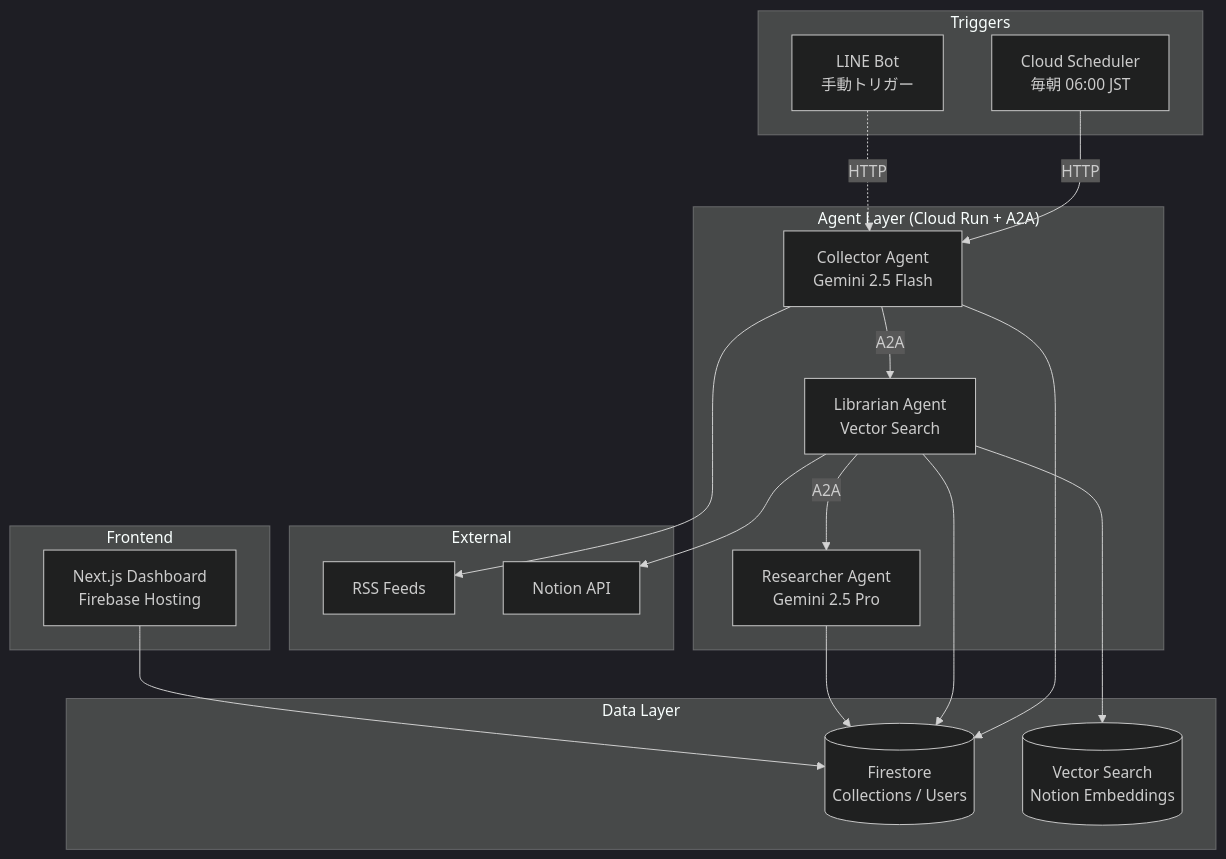
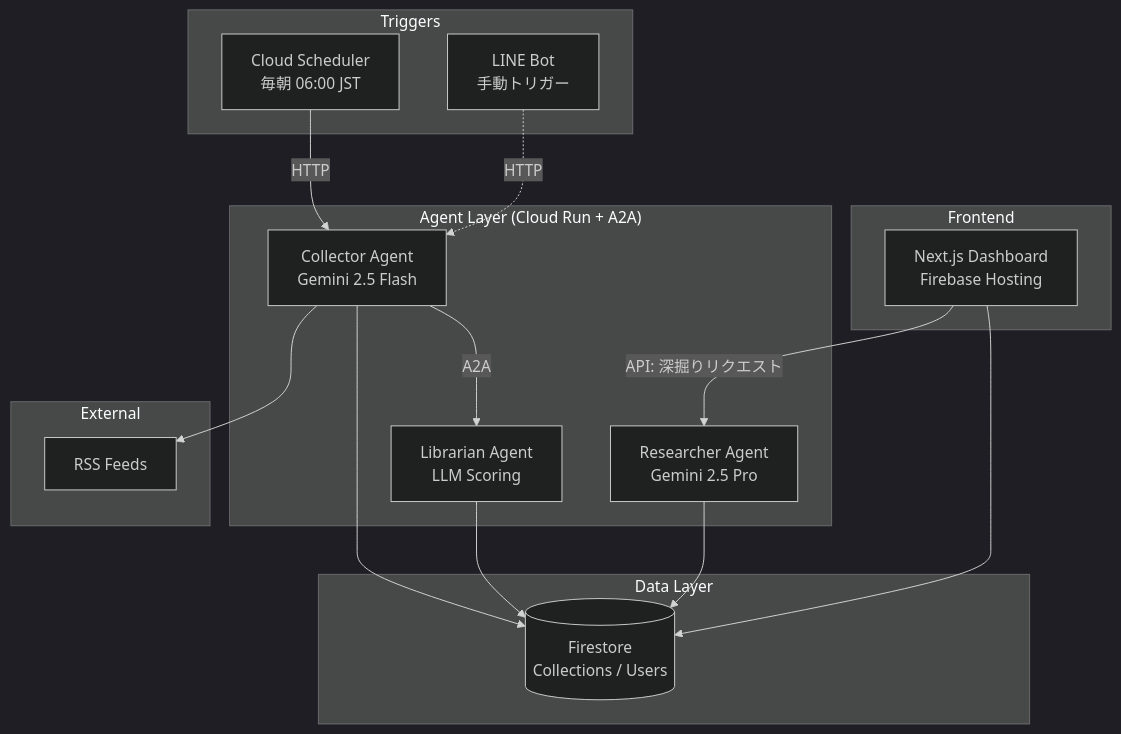
One commit to Renz0043/curation-persona changed the first of 2 diagrams in docs/Design_doc.md. Above: the diagram before and after it, drawn with Mermaid (dark theme). The commit also changed other lines of this file and 4 other files, not shown here.

````diff
--- a/docs/Design_doc.md
+++ b/docs/Design_doc.md
@@ -29,41 +29,37 @@
 ```mermaid
 graph TD
     subgraph "Triggers"
         Scheduler[Cloud Scheduler<br/>毎朝 06:00 JST]
         LineBot[LINE Bot<br/>手動トリガー]
     end
 
     subgraph "Agent Layer (Cloud Run + A2A)"
         Collector[Collector Agent<br/>Gemini 2.5 Flash]
-        Librarian[Librarian Agent<br/>Vector Search]
+        Librarian[Librarian Agent<br/>LLM Scoring]
         Researcher[Researcher Agent<br/>Gemini 2.5 Pro]
     end
 
     subgraph "Data Layer"
         Firestore[(Firestore<br/>Collections / Users)]
-        VectorDB[(Vector Search<br/>Notion Embeddings)]
     end
 
     subgraph "External"
         RSS[RSS Feeds]
-        Notion[Notion API]
     end
 
     subgraph "Frontend"
         Dashboard[Next.js Dashboard<br/>Firebase Hosting]
     end
 
     Scheduler -->|HTTP| Collector
     LineBot -.->|HTTP| Collector
 
     Collector -->|A2A| Librarian
     Collector --> RSS
     Collector --> Firestore
-    Librarian -->|A2A| Researcher
-    Librarian --> VectorDB
-    Librarian --> Notion
     Librarian --> Firestore
+    Dashboard -->|API: 深掘りリクエスト| Researcher
     Researcher --> Firestore
 
     Dashboard --> Firestore
 ```
````
